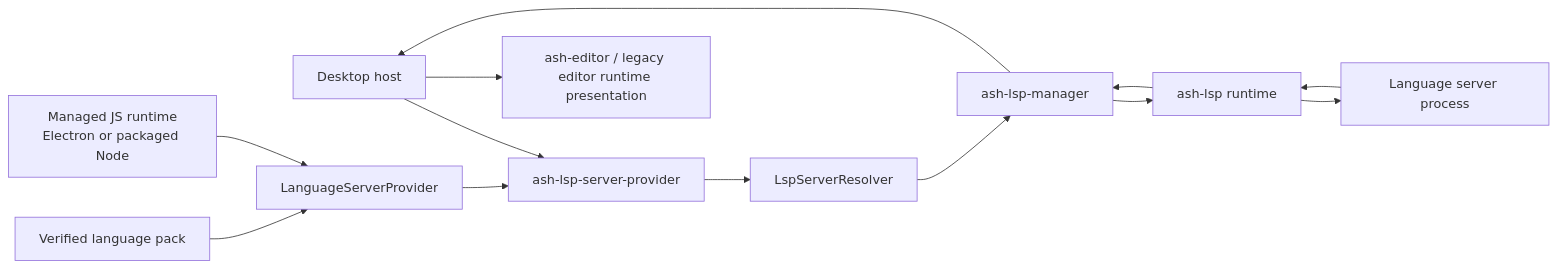
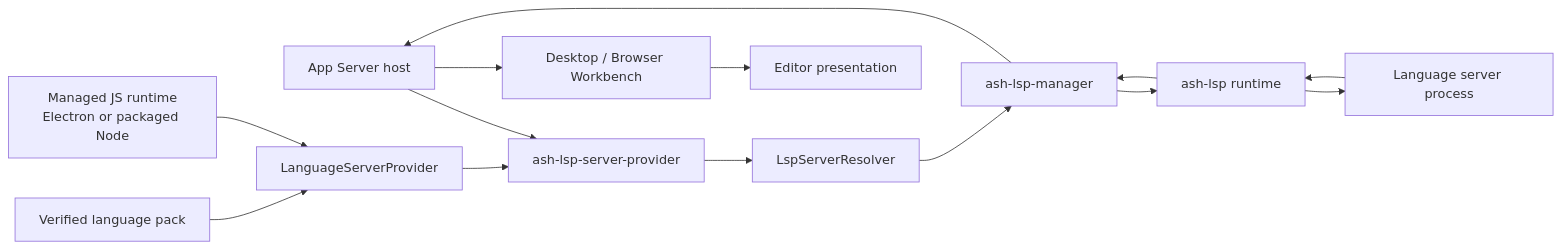
The diagram in docs/lsp.md (chogng/ash), drawn with Mermaid before and after one commit. The commit also changed other lines of this file and 30 other files, not shown here.

Commit message:
fix(lsp): harden runtime lifecycle and provider updates

````diff
--- a/docs/lsp.md
+++ b/docs/lsp.md
@@ -45,15 +45,16 @@
 ```mermaid
 flowchart LR
-    Host["Desktop host"] --> Providers["ash-lsp-server-provider"]
+    Host["App Server host"] --> Providers["ash-lsp-server-provider"]
     Pack["Verified language pack"] --> Provider["LanguageServerProvider"]
     Node["Managed JS runtime<br/>Electron or packaged Node"] --> Provider
     Provider --> Providers
     Providers --> Resolver["LspServerResolver"]
     Resolver --> Manager["ash-lsp-manager"]
     Manager --> Runtime["ash-lsp runtime"]
     Runtime --> Server["Language server process"]
     Server --> Runtime
     Runtime --> Manager
     Manager --> Host
-    Host --> Editor["ash-editor / legacy editor runtime presentation"]
+    Host --> Workbench["Desktop / Browser Workbench"]
+    Workbench --> Editor["Editor presentation"]
 ```
````
